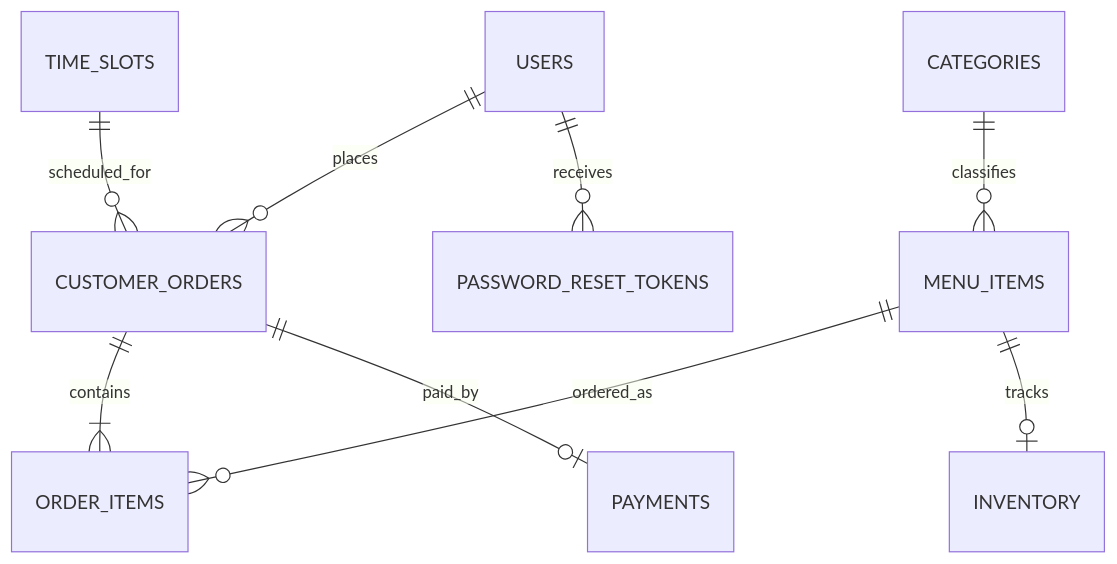
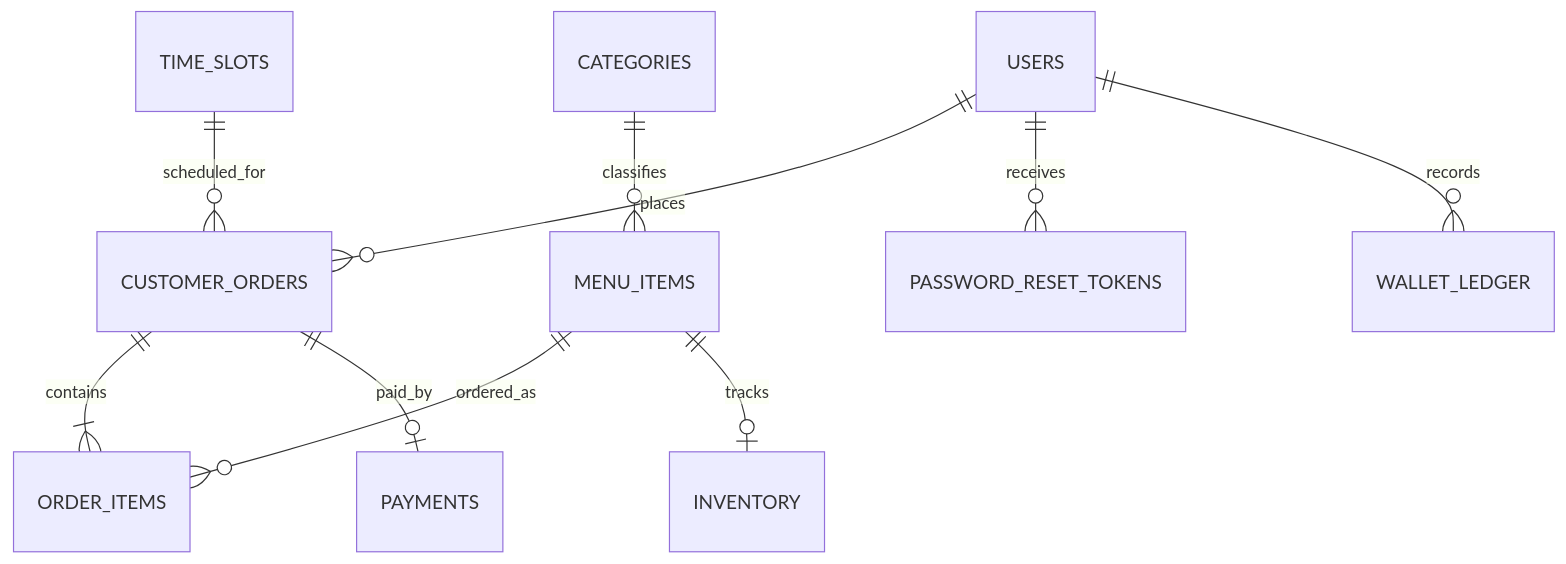
The second of 3 diagrams in README.md (Group3-CPUT-PRT262s/cafeteria-system), drawn with Mermaid before and after one commit. The commit also changed other lines of this file and 51 other files, not shown here.

````diff
--- a/README.md
+++ b/README.md
@@ -248,11 +259,12 @@
 ```mermaid
 erDiagram
     USERS ||--o{ CUSTOMER_ORDERS : places
     TIME_SLOTS ||--o{ CUSTOMER_ORDERS : scheduled_for
     CUSTOMER_ORDERS ||--|{ ORDER_ITEMS : contains
     MENU_ITEMS ||--o{ ORDER_ITEMS : ordered_as
     CATEGORIES ||--o{ MENU_ITEMS : classifies
     MENU_ITEMS ||--o| INVENTORY : tracks
     CUSTOMER_ORDERS ||--o| PAYMENTS : paid_by
     USERS ||--o{ PASSWORD_RESET_TOKENS : receives
+    USERS ||--o{ WALLET_LEDGER : records
 ```
````
